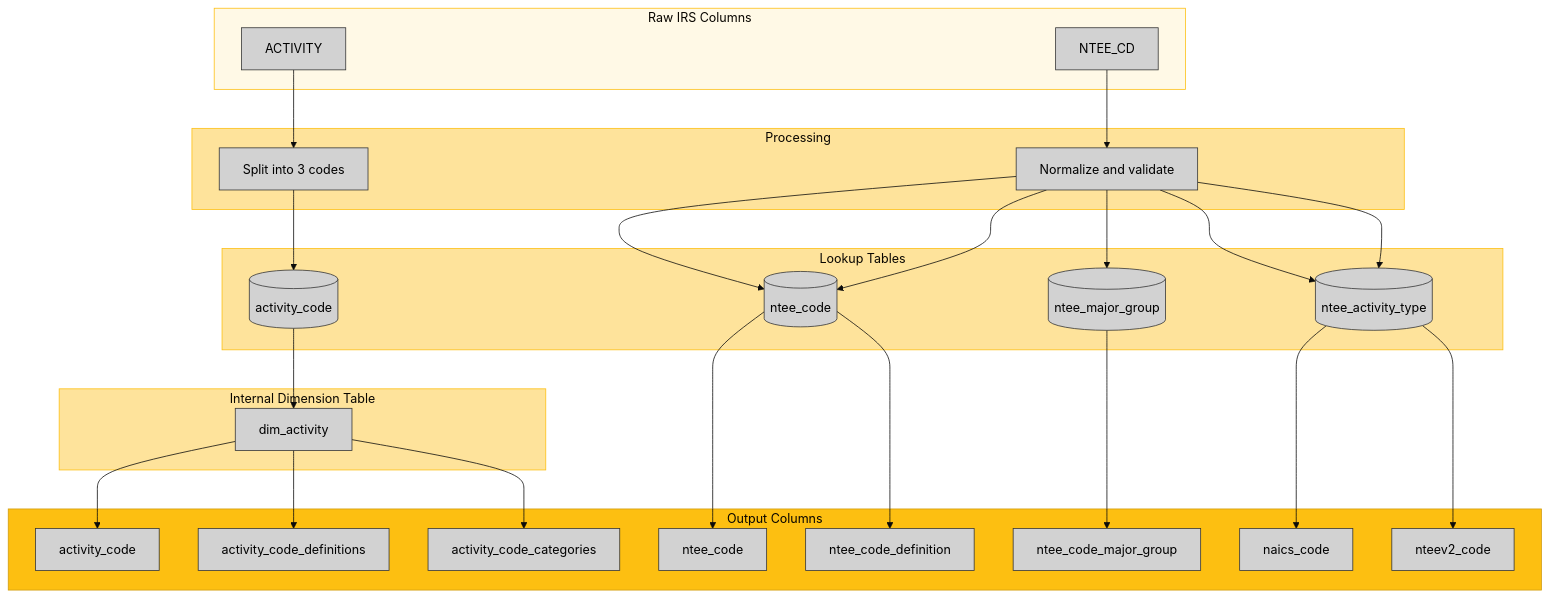
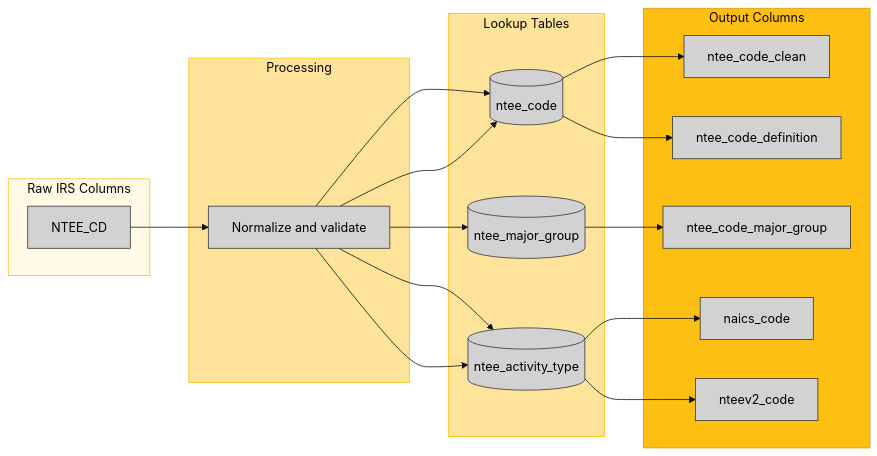
One commit to UrbanInstitute/nccs-data-bmf changed the sixth of 16 diagrams in docs/02-data-lineage.qmd. Above: the diagram before and after it, drawn with Mermaid (base theme). The commit also changed other lines of this file, not shown here.

First line of the commit message:
Fix data lineage documentation accuracy and improve diagrams

````diff
--- a/docs/02-data-lineage.qmd
+++ b/docs/02-data-lineage.qmd
@@ -188,58 +256,40 @@
 ```{mermaid}
-%%| fig-width: 14
-%%| fig-height: 10
-flowchart TB
+%%| fig-width: 10
+%%| fig-height: 6
+flowchart LR
     classDef node fill:#d2d2d2,stroke:#333,color:#000
 
     subgraph Raw[Raw IRS Columns]
-        ACT[ACTIVITY]
         NTEE[NTEE_CD]
     end
 
     subgraph Process[Processing]
-        SPLIT1[Split into 3 codes]
         NORM[Normalize and validate]
     end
 
     subgraph Lookup[Lookup Tables]
-        L1[(activity_code)]
         L2[(ntee_code)]
         L3[(ntee_major_group)]
         L4[(ntee_activity_type)]
     end
 
-    subgraph DIM[Internal Dimension Table]
-        DIM_ACT[dim_activity]
-    end
-
     subgraph Output[Output Columns]
-        act_code[activity_code]
-        act_def[activity_code_definitions]
-        act_cat[activity_code_categories]
-        ntee_clean[ntee_code]
+        ntee_clean[ntee_code_clean]
         ntee_def[ntee_code_definition]
         ntee_major[ntee_code_major_group]
         naics[naics_code]
         nteev2[nteev2_code]
     end
-
-    ACT --> SPLIT1
-    SPLIT1 --> L1
-    L1 --> DIM_ACT
-    DIM_ACT --> act_code
-    DIM_ACT --> act_def
-    DIM_ACT --> act_cat
 
     NTEE --> NORM
     NORM --> L2 --> ntee_clean
     NORM --> L2 --> ntee_def
     NORM --> L3 --> ntee_major
     NORM --> L4 --> naics
     NORM --> L4 --> nteev2
 
     style Raw fill:#fff9e6,stroke:#fdbf11
     style Process fill:#fee39b,stroke:#fdbf11
     style Lookup fill:#fee39b,stroke:#fdbf11
-    style DIM fill:#fee39b,stroke:#fdbf11
     style Output fill:#fdbf11,stroke:#d19c0f
 ```
````
